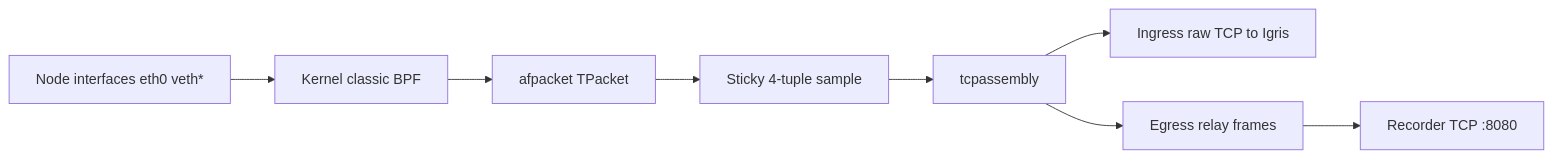
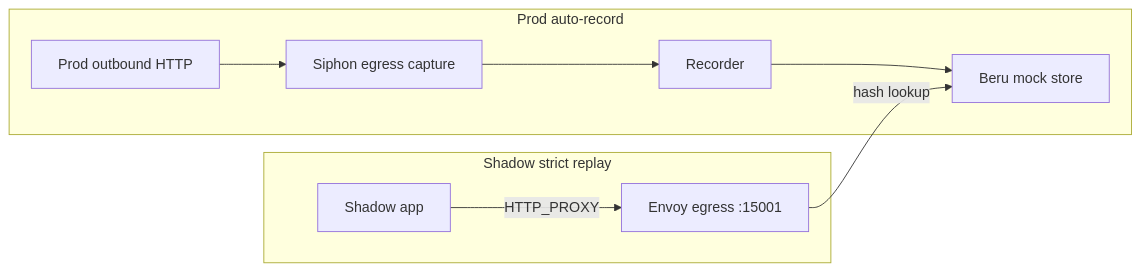
One commit to nederrgo/shadow-diff changed the fourth of 5 diagrams in docs/architecture/ARCHITECTURE.md. Above: the diagram before and after it, drawn with Mermaid. The commit also changed other lines of this file and 4 other files, not shown here.

````diff
--- a/docs/architecture/ARCHITECTURE.md
+++ b/docs/architecture/ARCHITECTURE.md
@@ -294,10 +261,18 @@
 ```mermaid
 flowchart LR
-  wire[Node interfaces eth0 veth*] --> bpf[Kernel classic BPF]
-  bpf --> tpacket[afpacket TPacket]
-  tpacket --> sample[Sticky 4-tuple sample]
-  sample --> asm[tcpassembly]
-  asm --> ingress[Ingress raw TCP to Igris]
-  asm --> egress[Egress relay frames]
-  egress --> recorderTCP[Recorder TCP :8080]
+  subgraph record [Prod auto-record]
+    ProdOut[Prod outbound HTTP]
+    SiphonCap[Siphon egress capture]
+    RecorderSvc[Recorder]
+    BeruStore[Beru mock store]
+    ProdOut --> SiphonCap
+    SiphonCap --> RecorderSvc
+    RecorderSvc --> BeruStore
+  end
+  subgraph replay [Shadow strict replay]
+    ShadowApp[Shadow app]
+    EgrEnv[Envoy egress :15001]
+    ShadowApp -->|HTTP_PROXY| EgrEnv
+    EgrEnv -->|hash lookup| BeruStore
+  end
 ```
````
